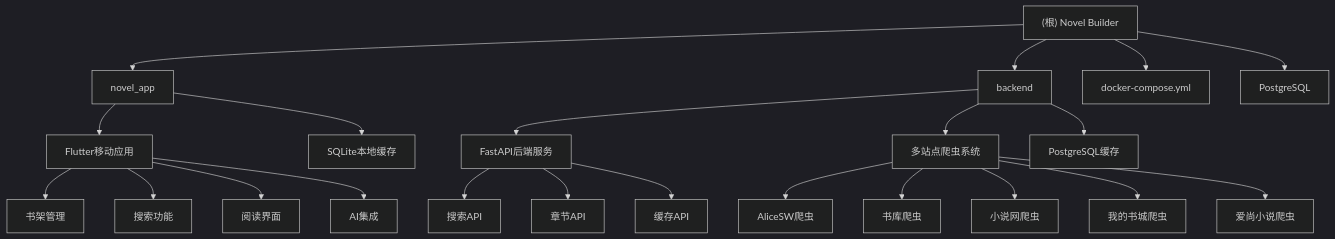
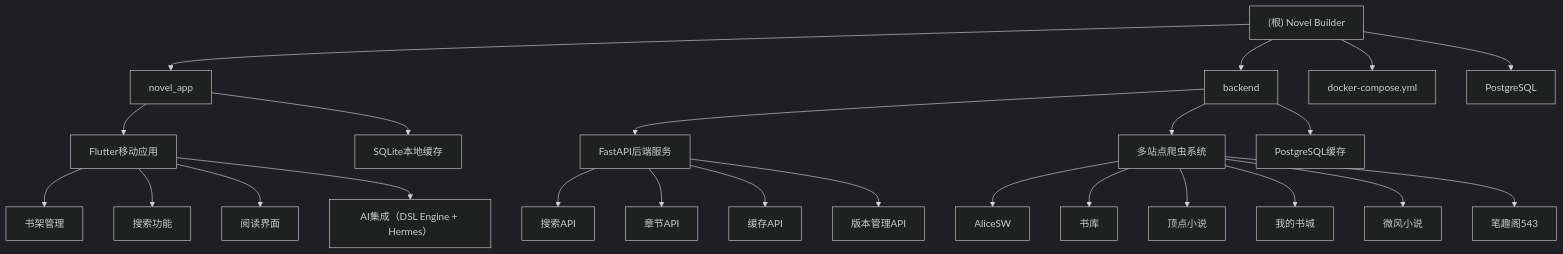
One commit to yunkst/novel_builder changed the diagram in CLAUDE.md. Above: the diagram before and after it, drawn with Mermaid (dark theme). The commit also changed other lines of this file and 15 other files, not shown here.

````diff
--- a/CLAUDE.md
+++ b/CLAUDE.md
@@ -13,32 +14,34 @@
 ```mermaid
 graph TD
     A["(根) Novel Builder"] --> B["novel_app"];
     A --> C["backend"];
     A --> D["docker-compose.yml"];
     A --> E["PostgreSQL"];
 
     B --> F["Flutter移动应用"];
     B --> G["SQLite本地缓存"];
 
     C --> H["FastAPI后端服务"];
     C --> I["多站点爬虫系统"];
     C --> J["PostgreSQL缓存"];
 
     F --> K["书架管理"];
     F --> L["搜索功能"];
     F --> M["阅读界面"];
-    F --> N["AI集成"];
+    F --> N["AI集成（DSL Engine + Hermes）"];
 
     H --> O["搜索API"];
     H --> P["章节API"];
     H --> Q["缓存API"];
+    H --> R["版本管理API"];
 
-    I --> R["AliceSW爬虫"];
-    I --> S["书库爬虫"];
-    I --> T["小说网爬虫"];
-    I --> U["我的书城爬虫"];
-    I --> V["爱尚小说爬虫"];
+    I --> S["AliceSW"];
+    I --> T["书库"];
+    I --> U["顶点小说"];
+    I --> V["我的书城"];
+    I --> W["微风小说"];
+    I --> X["笔趣阁543"];
 
     click B "./novel_app/CLAUDE.md" "查看 Flutter 移动应用模块"
     click C "./backend/CLAUDE.md" "查看 Python 后端模块"
 ```
````
